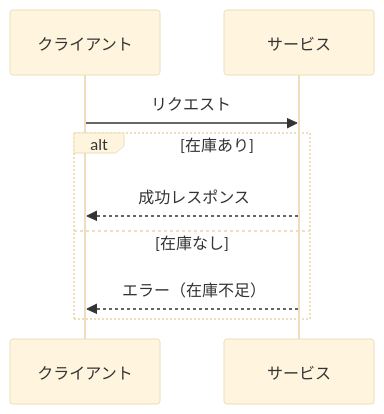
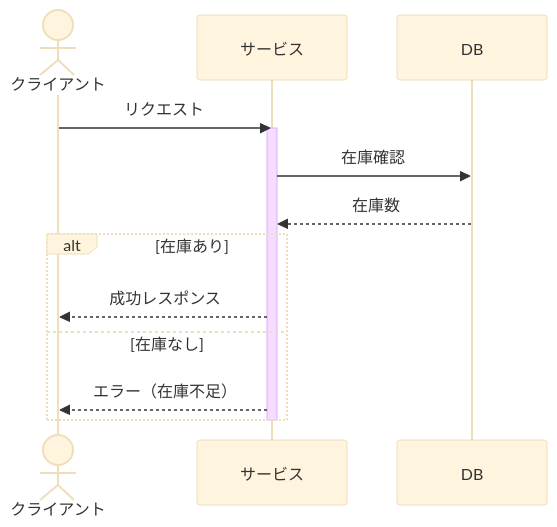
Before and after one commit to daidaiiro-519/has-udd: the seventh of 8 diagrams in .claude/skills/mermaid-guide/references/pattern-sequence.md, drawn with Mermaid (base theme). The commit also changed other lines of this file and 26 other files, not shown here.

````diff
--- a/.claude/skills/mermaid-guide/references/pattern-sequence.md
+++ b/.claude/skills/mermaid-guide/references/pattern-sequence.md
@@ -66,12 +348,17 @@
 ```mermaid
 sequenceDiagram
-    participant C as クライアント
+    actor C as クライアント
     participant S as サービス
+    participant DB as DB
 
     C->>S: リクエスト
+    activate S
+    S->>DB: 在庫確認
+    DB-->>S: 在庫数
     alt 在庫あり
         S-->>C: 成功レスポンス
     else 在庫なし
         S-->>C: エラー（在庫不足）
     end
+    deactivate S
 ```
````
